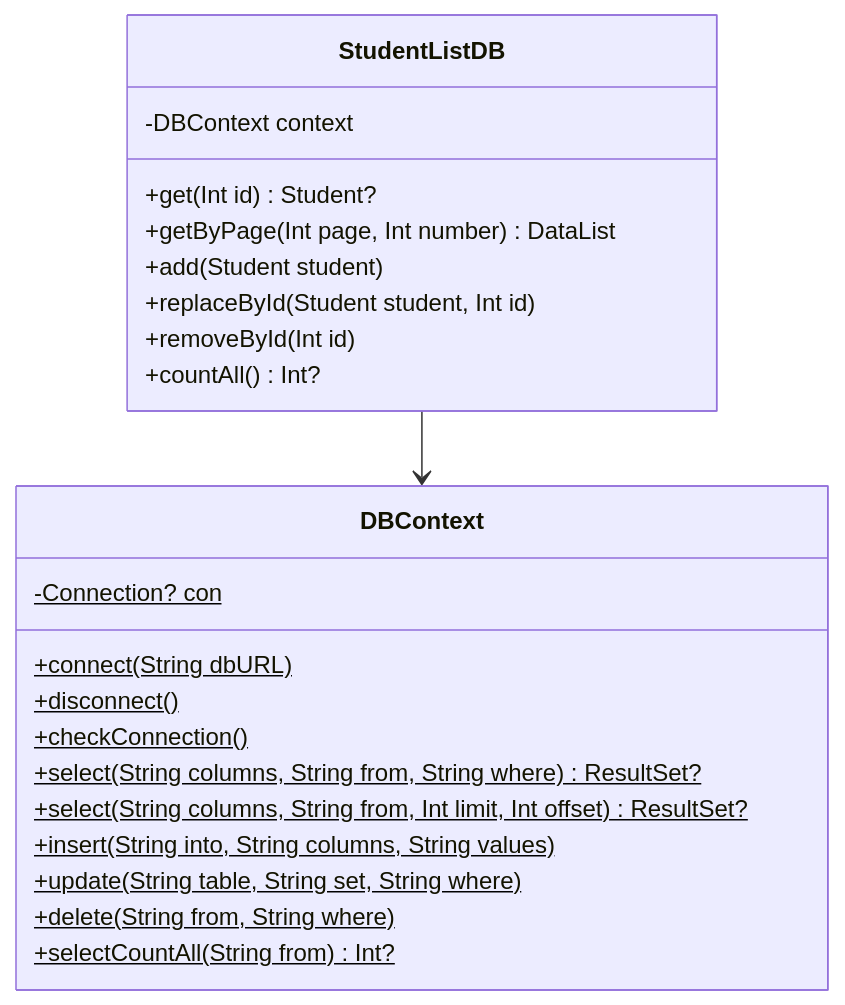
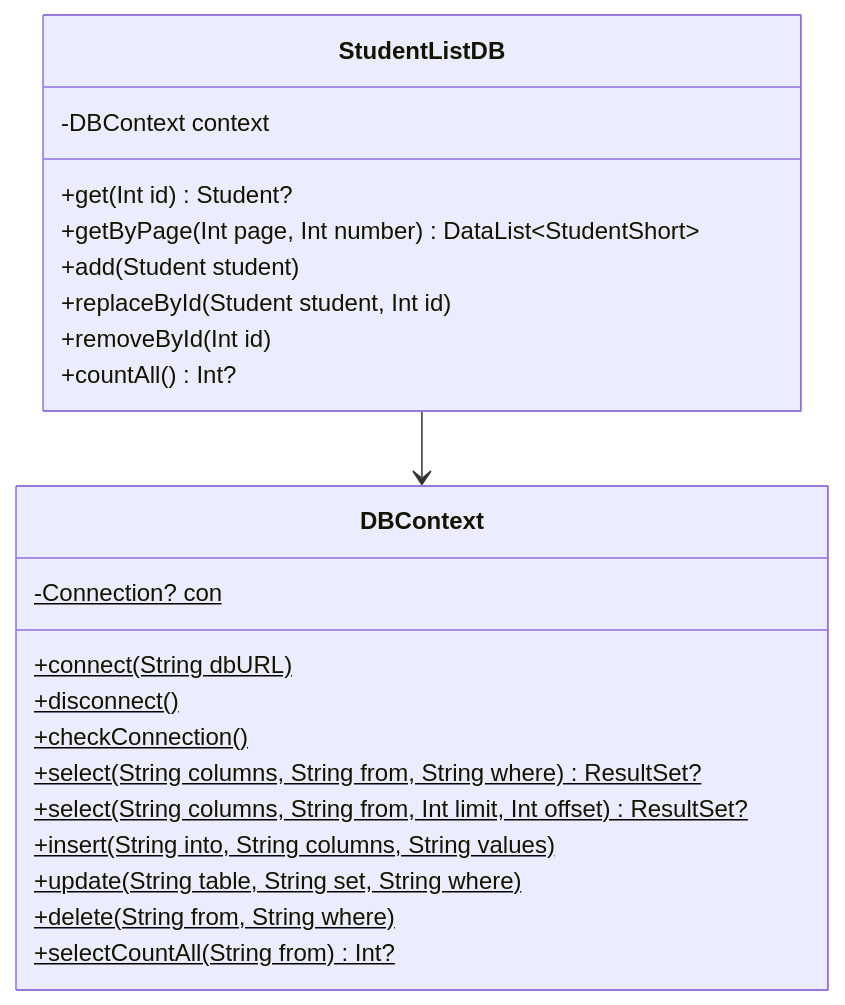
Before and after one commit to black-lemonov/KotlinPatterns: the seventh of 8 diagrams in README.md, drawn with Mermaid. The commit also changed other lines of this file and 1 other file, not shown here.

Commit message:
ЛР5 Добавлена диаграмма для адаптера

````diff
--- a/README.md
+++ b/README.md
@@ -258,32 +258,26 @@
 ```mermaid
 classDiagram
 StudentListDB --> DBContext
 class DBContext {
     -Connection? con$
 
     +connect(String dbURL)$
     +disconnect()$
     +checkConnection()$
     +select(String columns, String from, String where)$ ResultSet?
     +select(String columns, String from, Int limit, Int offset)$ ResultSet?
     +insert(String into, String columns, String values)$
     +update(String table, String set, String where)$
     +delete(String from, String where)$
     +selectCountAll(String from)$ Int?
 }
 class StudentListDB {
     -DBContext context
-
     +get(Int id) Student?
-
-    +getByPage(Int page, Int number) DataList<StudentShort>
-
+    +getByPage(Int page, Int number) DataList~StudentShort~
     +add(Student student)
-
     +replaceById(Student student, Int id)
-
     +removeById(Int id)
-
     +countAll() Int?
 }
 ```
````
